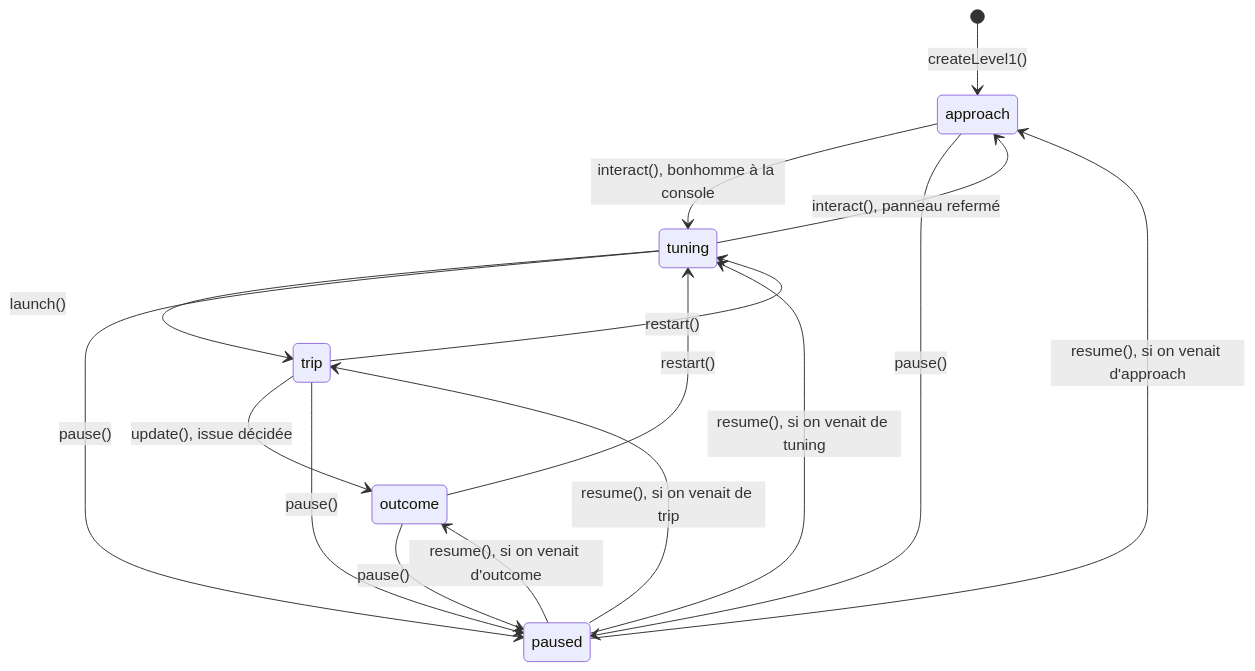
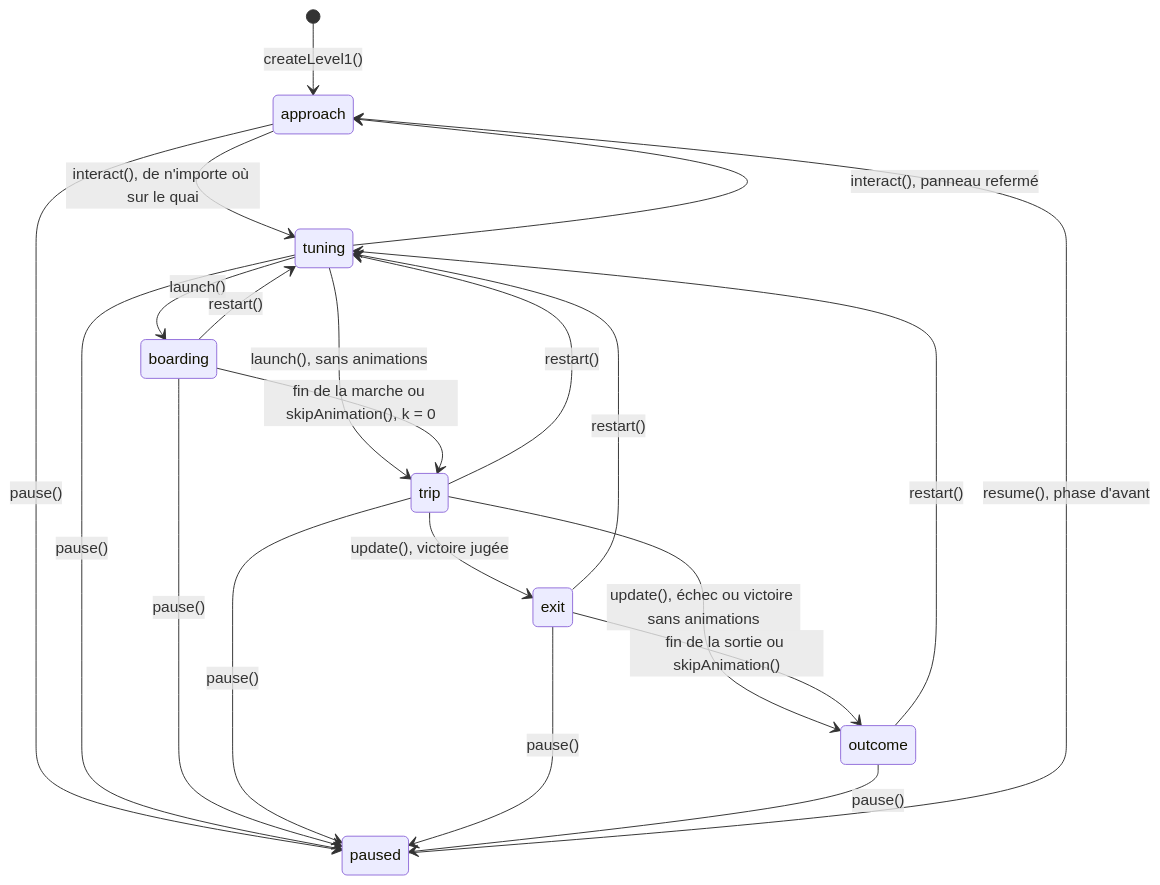
The diagram in docs/jeu.md (lucashg7892/pid-game), drawn with Mermaid before and after one commit. The commit also changed other lines of this file and 15 other files, not shown here.

````diff
--- a/docs/jeu.md
+++ b/docs/jeu.md
@@ -35,18 +35,23 @@
 ```mermaid
 stateDiagram-v2
   [*] --> approach : createLevel1()
-  approach --> tuning : interact(), bonhomme à la console
+  approach --> tuning : interact(), de n'importe où sur le quai
   tuning --> approach : interact(), panneau refermé
-  tuning --> trip : launch()
-  trip --> outcome : update(), issue décidée
+  tuning --> boarding : launch()
+  tuning --> trip : launch(), sans animations
+  boarding --> trip : fin de la marche ou skipAnimation(), k = 0
+  trip --> exit : update(), victoire jugée
+  trip --> outcome : update(), échec ou victoire sans animations
+  exit --> outcome : fin de la sortie ou skipAnimation()
+  boarding --> tuning : restart()
   trip --> tuning : restart()
+  exit --> tuning : restart()
   outcome --> tuning : restart()
   approach --> paused : pause()
   tuning --> paused : pause()
+  boarding --> paused : pause()
   trip --> paused : pause()
+  exit --> paused : pause()
   outcome --> paused : pause()
-  paused --> approach : resume(), si on venait d'approach
-  paused --> tuning : resume(), si on venait de tuning
-  paused --> trip : resume(), si on venait de trip
-  paused --> outcome : resume(), si on venait d'outcome
+  paused --> approach : resume(), phase d'avant
 ```
````
